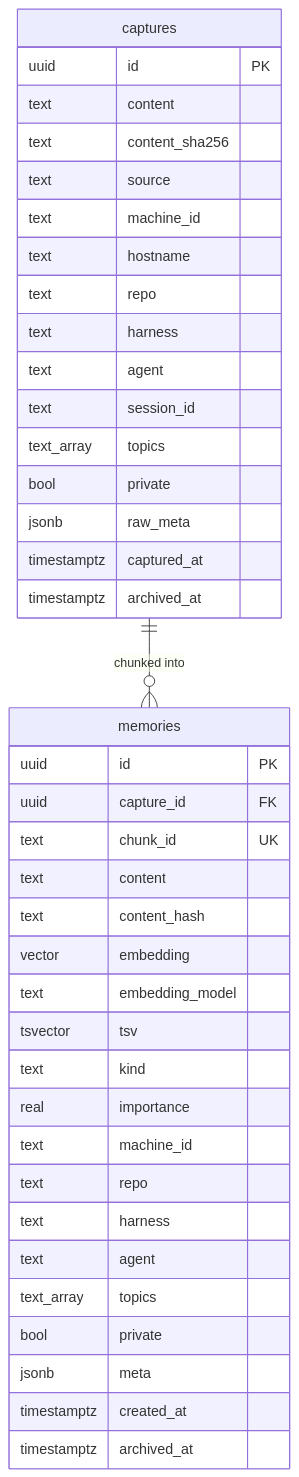
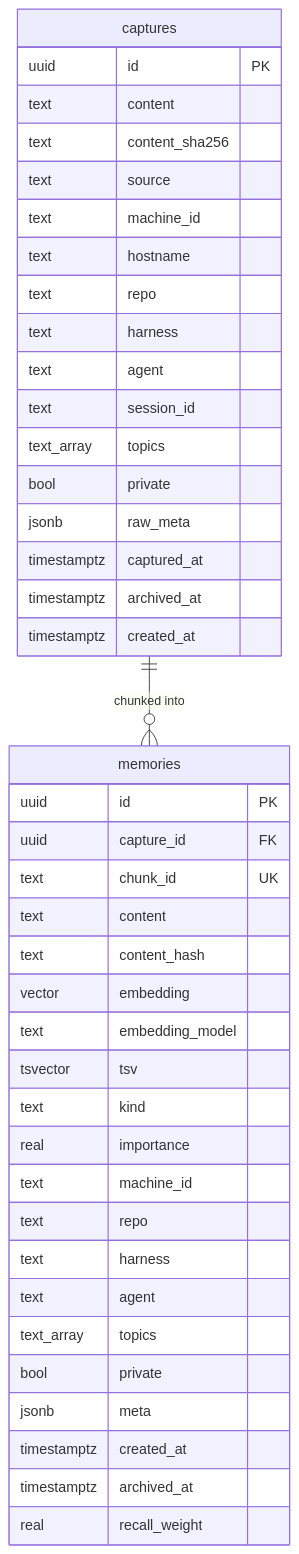
One commit to j10ra/mneme changed the diagram in docs/data-model.md. Above: the diagram before and after it, drawn with Mermaid. The commit also changed other lines of this file and 3 other files, not shown here.

````diff
--- a/docs/data-model.md
+++ b/docs/data-model.md
@@ -11,45 +11,47 @@
 ```mermaid
 erDiagram
     captures ||--o{ memories : "chunked into"
 
     captures {
         uuid id PK
         text content
         text content_sha256
         text source
         text machine_id
         text hostname
         text repo
         text harness
         text agent
         text session_id
         text_array topics
         bool private
         jsonb raw_meta
         timestamptz captured_at
         timestamptz archived_at
+        timestamptz created_at
     }
 
     memories {
         uuid id PK
         uuid capture_id FK
         text chunk_id UK
         text content
         text content_hash
         vector embedding
         text embedding_model
         tsvector tsv
         text kind
         real importance
         text machine_id
         text repo
         text harness
         text agent
         text_array topics
         bool private
         jsonb meta
         timestamptz created_at
         timestamptz archived_at
+        real recall_weight
     }
 
 ```
````
